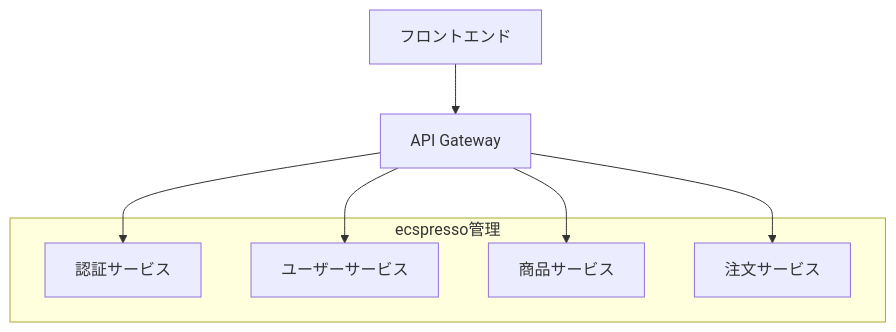
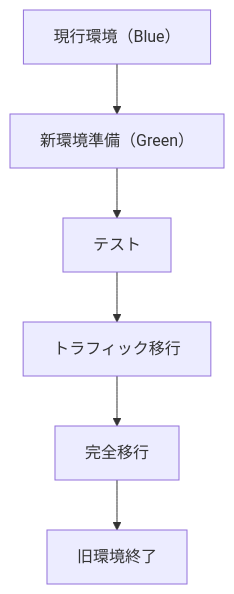
One commit to bufferings/devin-docs changed the second of 3 diagrams in ecspresso/practical/large-scale.md. Above: the diagram before and after it, drawn with Mermaid. The commit also changed other lines of this file and 18 other files, not shown here.

````diff
--- a/ecspresso/practical/large-scale.md
+++ b/ecspresso/practical/large-scale.md
@@ -90,15 +77,8 @@
 ```mermaid
 graph TD
-  A[フロントエンド] --> B[API Gateway]
-  B --> C[認証サービス]
-  B --> D[ユーザーサービス]
-  B --> E[商品サービス]
-  B --> F[注文サービス]
-  
-  subgraph "ecspresso管理"
-    C
-    D
-    E
-    F
-  end
+    A[現行環境（Blue）] --> B[新環境準備（Green）]
+    B --> C[テスト]
+    C --> D[トラフィック移行]
+    D --> E[完全移行]
+    E --> F[旧環境終了]
 ```
````
